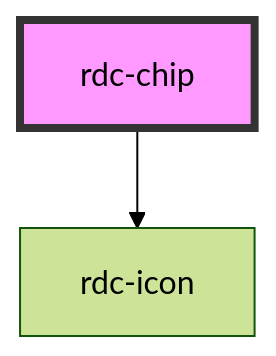
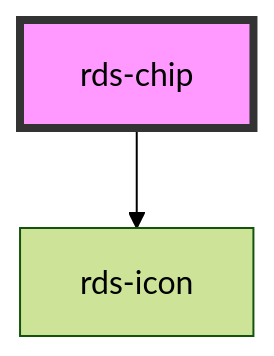
Before and after one commit to codeavl/rangoli-ui: the diagram in src/components/chip/readme.md, drawn with Mermaid (forest theme). The commit also changed other lines of this file and 20 other files, not shown here.

````diff
--- a/src/components/chip/readme.md
+++ b/src/components/chip/readme.md
@@ -41,5 +41,5 @@
 ```mermaid
 graph TD;
-  rdc-chip --> rdc-icon
-  style rdc-chip fill:#f9f,stroke:#333,stroke-width:4px
+  rds-chip --> rds-icon
+  style rds-chip fill:#f9f,stroke:#333,stroke-width:4px
 ```
````
